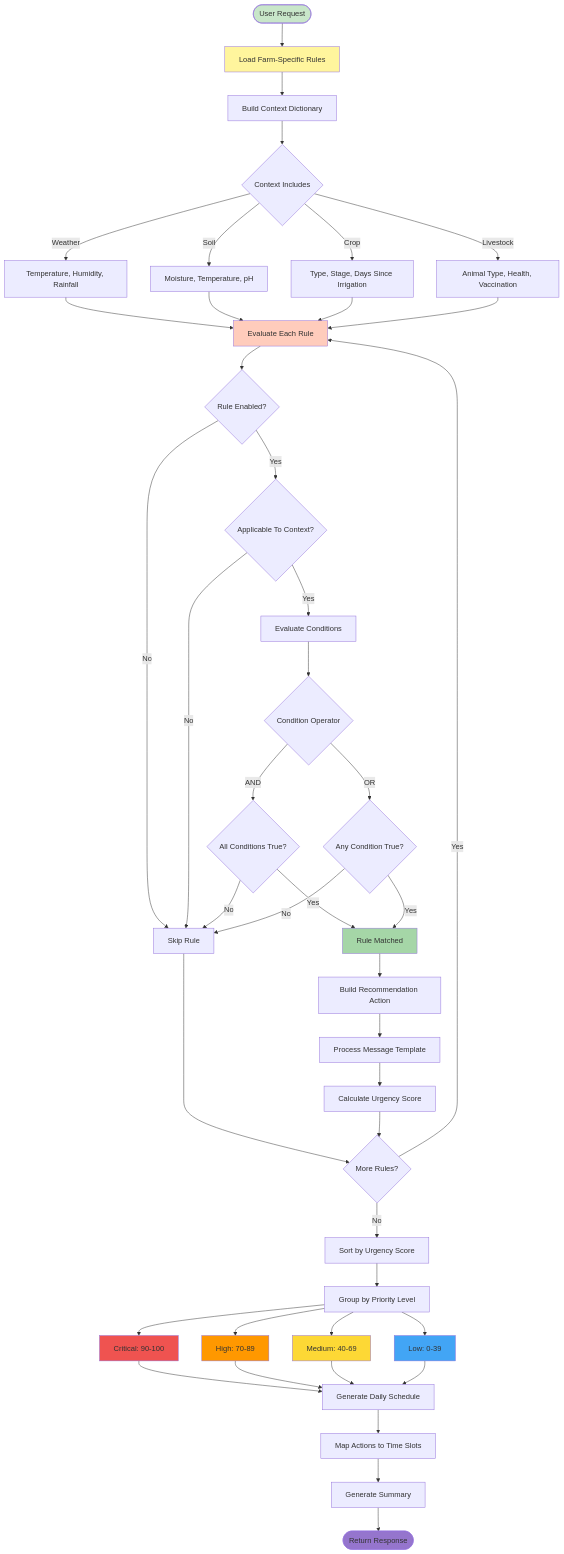
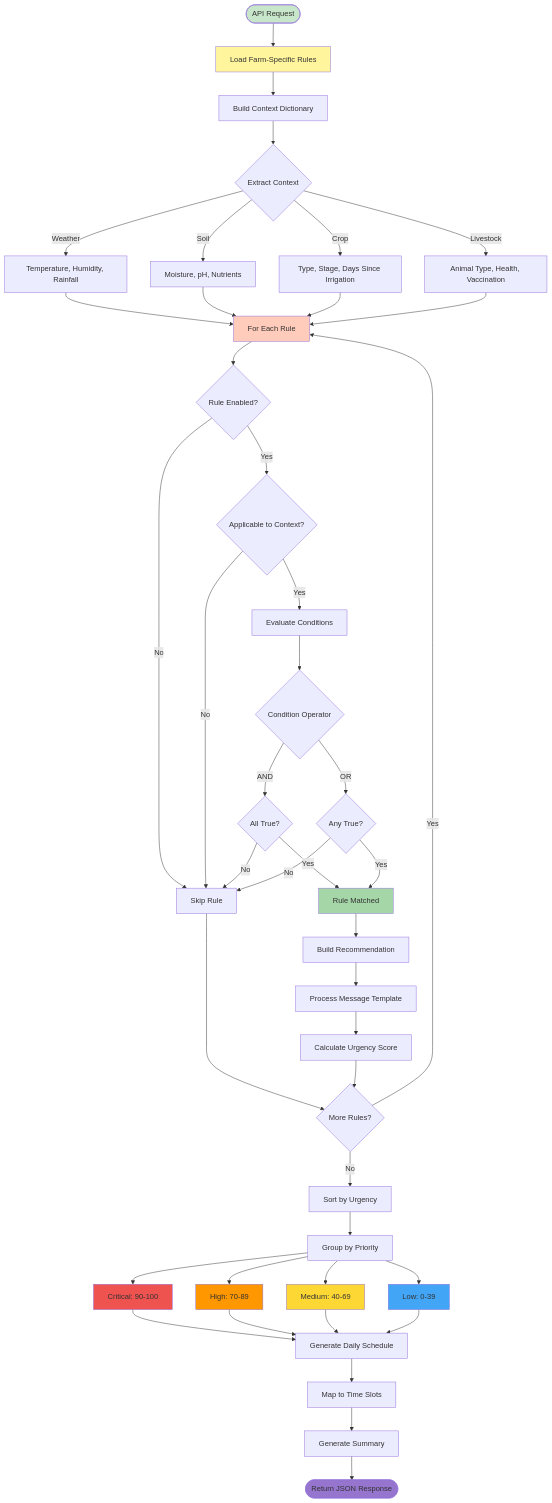
Before and after one commit to Ismat-Samadov/rule_based_system: the fourth of 4 diagrams in README.md, drawn with Mermaid. The commit also changed other lines of this file and 29 other files, not shown here.

````diff
--- a/README.md
+++ b/README.md
@@ -827,67 +615,67 @@
 ```mermaid
 flowchart TD
-    Start([User Request]) --> LoadRules[Load Farm-Specific Rules]
+    Start([API Request]) --> LoadRules[Load Farm-Specific Rules]
     LoadRules --> BuildContext[Build Context Dictionary]
 
-    BuildContext --> Context{Context Includes}
+    BuildContext --> Context{Extract Context}
     Context -->|Weather| W[Temperature, Humidity, Rainfall]
-    Context -->|Soil| S[Moisture, Temperature, pH]
+    Context -->|Soil| S[Moisture, pH, Nutrients]
     Context -->|Crop| C[Type, Stage, Days Since Irrigation]
     Context -->|Livestock| L[Animal Type, Health, Vaccination]
 
     W --> Evaluate
     S --> Evaluate
     C --> Evaluate
     L --> Evaluate
 
-    Evaluate[Evaluate Each Rule] --> CheckEnabled{Rule Enabled?}
+    Evaluate[For Each Rule] --> CheckEnabled{Rule Enabled?}
     CheckEnabled -->|No| Skip[Skip Rule]
-    CheckEnabled -->|Yes| CheckApplicable{Applicable To Context?}
+    CheckEnabled -->|Yes| CheckApplicable{Applicable to Context?}
 
     CheckApplicable -->|No| Skip
     CheckApplicable -->|Yes| EvalConditions[Evaluate Conditions]
 
     EvalConditions --> Operator{Condition Operator}
-    Operator -->|AND| AllTrue{All Conditions True?}
-    Operator -->|OR| AnyTrue{Any Condition True?}
+    Operator -->|AND| AllTrue{All True?}
+    Operator -->|OR| AnyTrue{Any True?}
 
     AllTrue -->|Yes| Match[Rule Matched]
     AllTrue -->|No| Skip
     AnyTrue -->|Yes| Match
     AnyTrue -->|No| Skip
 
-    Match --> BuildAction[Build Recommendation Action]
+    Match --> BuildAction[Build Recommendation]
     BuildAction --> Template[Process Message Template]
     Template --> Urgency[Calculate Urgency Score]
 
     Skip --> NextRule{More Rules?}
     Urgency --> NextRule
 
     NextRule -->|Yes| Evaluate
-    NextRule -->|No| SortByUrgency[Sort by Urgency Score]
+    NextRule -->|No| SortByUrgency[Sort by Urgency]
 
-    SortByUrgency --> GroupPriority[Group by Priority Level]
+    SortByUrgency --> GroupPriority[Group by Priority]
     GroupPriority --> Critical[Critical: 90-100]
     GroupPriority --> High[High: 70-89]
     GroupPriority --> Medium[Medium: 40-69]
     GroupPriority --> Low[Low: 0-39]
 
     Critical --> Schedule
     High --> Schedule
     Medium --> Schedule
     Low --> Schedule
 
-    Schedule[Generate Daily Schedule] --> MapTime[Map Actions to Time Slots]
+    Schedule[Generate Daily Schedule] --> MapTime[Map to Time Slots]
     MapTime --> Summary[Generate Summary]
-    Summary --> Return([Return Response])
+    Summary --> Return([Return JSON Response])
 
     style Start fill:#c8e6c9
     style LoadRules fill:#fff59d
     style Evaluate fill:#ffccbc
     style Match fill:#a5d6a7
     style Critical fill:#ef5350
     style High fill:#ff9800
     style Medium fill:#fdd835
     style Low fill:#42a5f5
     style Return fill:#9575cd
 ```
````
